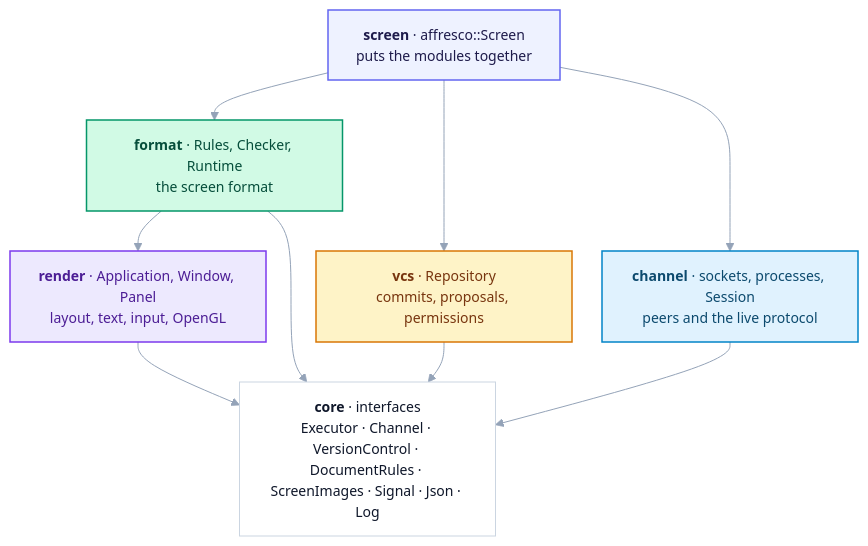
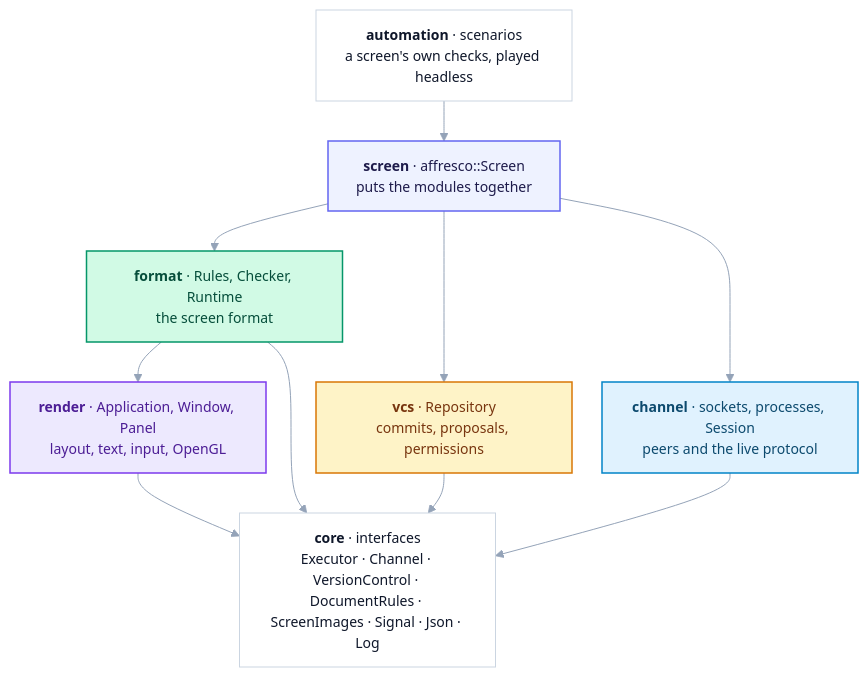
One commit to RiccardoSottini/AffrescoUI changed the first of 3 diagrams in ARCHITECTURE.md. Above: the diagram before and after it, drawn with Mermaid. The commit also changed other lines of this file and 101 other files, not shown here.

First line of the commit message:
[3-automation] Scenarios in the format, fewer CI jobs, and a quality pass (#30)

````diff
--- a/ARCHITECTURE.md
+++ b/ARCHITECTURE.md
@@ -18,27 +19,30 @@
 ```mermaid
 %%{init: {"theme": "base", "flowchart": {"nodeSpacing": 30, "rankSpacing": 40, "padding": 14}, "themeVariables": {"fontFamily": "Helvetica, Arial, sans-serif", "fontSize": "14px", "lineColor": "#94A3B8", "primaryTextColor": "#0F172A", "edgeLabelBackground": "#FFFFFF"}}}%%
 flowchart TB
+    automation["<b>automation</b> · scenarios<br/>a screen's own checks, played headless"]
     screen["<b>screen</b> · affresco::Screen<br/>puts the modules together"]
     format["<b>format</b> · Rules, Checker, Runtime<br/>the screen format"]
     vcs["<b>vcs</b> · Repository<br/>commits, proposals, permissions"]
     channel["<b>channel</b> · sockets, processes, Session<br/>peers and the live protocol"]
     render["<b>render</b> · Application, Window, Panel<br/>layout, text, input, OpenGL"]
     core["<b>core</b> · interfaces<br/>Executor · Channel · VersionControl · DocumentRules · ScreenImages · Signal · Json · Log"]
 
+    automation --> screen
     screen --> format & vcs & channel
     format --> render
     format & vcs & channel & render --> core
 
     classDef root fill:#EEF2FF,stroke:#6366F1,stroke-width:1.5px,color:#1E1B4B
     classDef c_channel fill:#E0F2FE,stroke:#0284C7,stroke-width:1.5px,color:#0C4A6E
     classDef c_vcs fill:#FEF3C7,stroke:#D97706,stroke-width:1.5px,color:#78350F
     classDef c_format fill:#D1FAE5,stroke:#059669,stroke-width:1.5px,color:#064E3B
     classDef c_render fill:#EDE9FE,stroke:#7C3AED,stroke-width:1.5px,color:#4C1D95
     classDef c_core fill:#FFFFFF,stroke:#CBD5E1,stroke-width:1px,color:#0F172A
     class screen root
+    class automation c_core
     class channel c_channel
     class vcs c_vcs
     class format c_format
     class render c_render
     class core c_core
 ```
````
